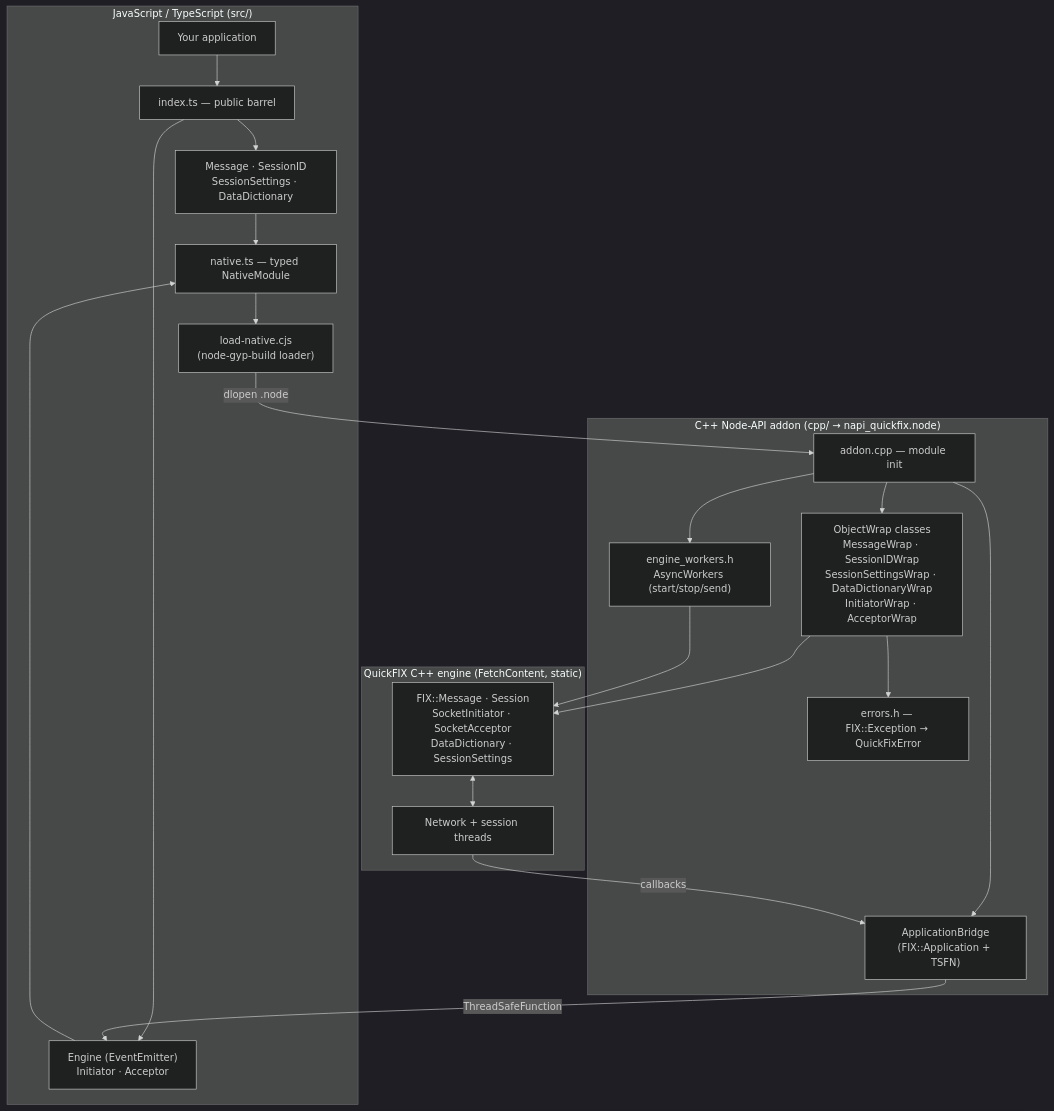
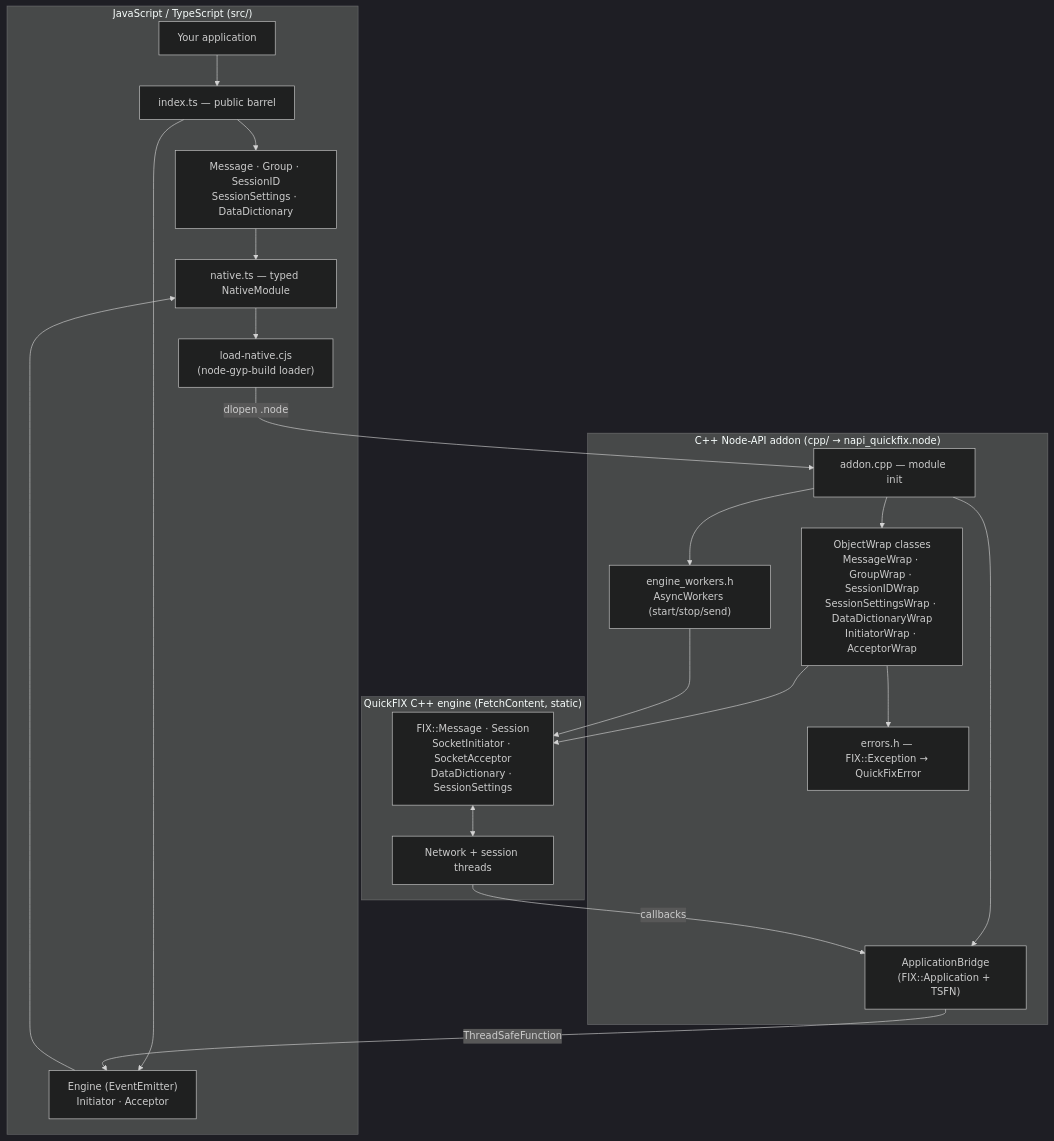
The first of 7 diagrams in ARCHITECTURE.md (homaiohq/napi-quickfix), drawn with Mermaid (dark theme) before and after one commit. The commit also changed other lines of this file and 23 other files, not shown here.

````diff
--- a/ARCHITECTURE.md
+++ b/ARCHITECTURE.md
@@ -19,36 +19,36 @@
 ```mermaid
 graph TD
   subgraph JS["JavaScript / TypeScript  (src/)"]
     APP["Your application"]
     IDX["index.ts — public barrel"]
-    MSG["Message · SessionID<br/>SessionSettings · DataDictionary"]
+    MSG["Message · Group · SessionID<br/>SessionSettings · DataDictionary"]
     ENG["Engine (EventEmitter)<br/>Initiator · Acceptor"]
     NAT["native.ts — typed NativeModule"]
     LOAD["load-native.cjs<br/>(node-gyp-build loader)"]
   end
 
   subgraph ADDON["C++ Node-API addon  (cpp/ → napi_quickfix.node)"]
     REG["addon.cpp — module init"]
-    WRAPS["ObjectWrap classes<br/>MessageWrap · SessionIDWrap<br/>SessionSettingsWrap · DataDictionaryWrap<br/>InitiatorWrap · AcceptorWrap"]
+    WRAPS["ObjectWrap classes<br/>MessageWrap · GroupWrap · SessionIDWrap<br/>SessionSettingsWrap · DataDictionaryWrap<br/>InitiatorWrap · AcceptorWrap"]
     BRIDGE["ApplicationBridge<br/>(FIX::Application + TSFN)"]
     WORKERS["engine_workers.h<br/>AsyncWorkers (start/stop/send)"]
     ERR["errors.h — FIX::Exception → QuickFixError"]
   end
 
   subgraph QF["QuickFIX C++ engine  (FetchContent, static)"]
     CORE["FIX::Message · Session<br/>SocketInitiator · SocketAcceptor<br/>DataDictionary · SessionSettings"]
     NET["Network + session threads"]
   end
 
   APP --> IDX --> MSG & ENG
   MSG --> NAT
   ENG --> NAT
   NAT --> LOAD -->|"dlopen .node"| REG
   REG --> WRAPS & BRIDGE & WORKERS
   WRAPS --> ERR
   WRAPS --> CORE
   WORKERS --> CORE
   CORE <--> NET
   NET -->|"callbacks"| BRIDGE
   BRIDGE -->|"ThreadSafeFunction"| ENG
 ```
````
